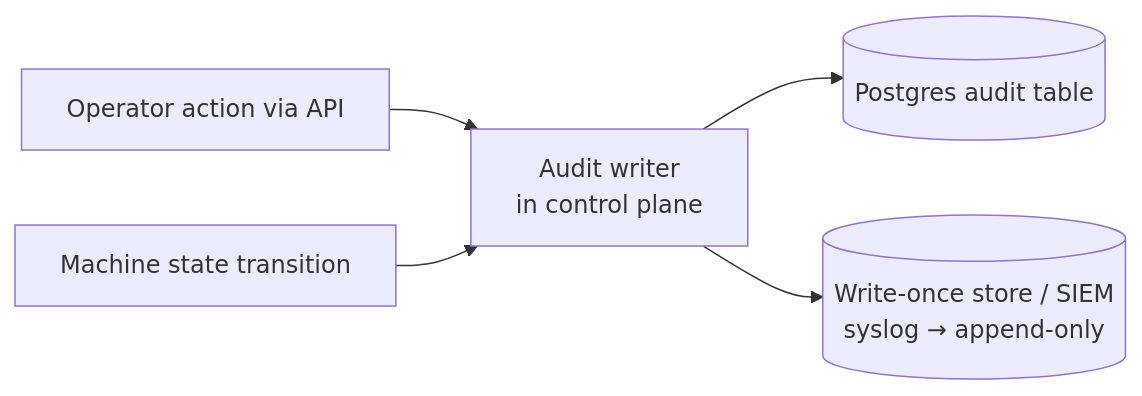
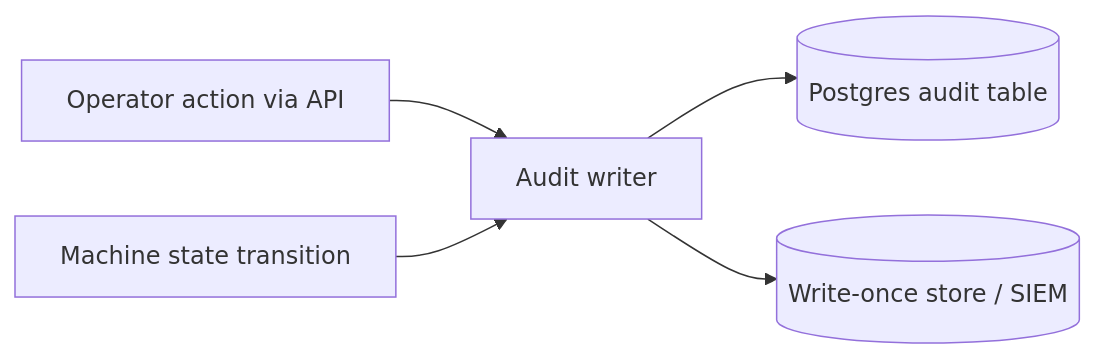
One commit to Manikanta-Reddy-Pasala/PXE-Boot-Design changed the first of 2 diagrams in docs/07-logging-auditing.md. Above: the diagram before and after it, drawn with Mermaid. The commit also changed other lines of this file and 11 other files, not shown here.

````diff
--- a/docs/07-logging-auditing.md
+++ b/docs/07-logging-auditing.md
@@ -15,7 +8,7 @@
 ```mermaid
 flowchart LR
-  ACT[Operator action via API] --> AUDSVC[Audit writer<br/>in control plane]
+  ACT[Operator action via API] --> AUDSVC[Audit writer]
   TRANS[Machine state transition] --> AUDSVC
   AUDSVC --> PG[(Postgres audit table)]
-  AUDSVC --> WORM[(Write-once store / SIEM<br/>syslog → append-only)]
+  AUDSVC --> WORM[(Write-once store / SIEM)]
 ```
````
